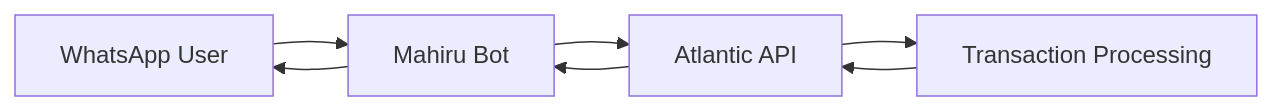
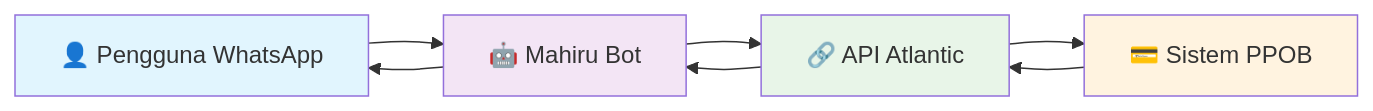
Before and after one commit to Liwirya/Mahiru-PPOB: the diagram in README.md, drawn with Mermaid. The commit also changed other lines of this file, not shown here.

````diff
--- a/README.md
+++ b/README.md
@@ -50,9 +64,14 @@
 ```mermaid
 graph LR
-    A[WhatsApp User] --> B[Mahiru Bot]
-    B --> C[Atlantic API]
-    C --> D[Transaction Processing]
+    A[👤 Pengguna WhatsApp] --> B[🤖 Mahiru Bot]
+    B --> C[🔗 API Atlantic]
+    C --> D[💳 Sistem PPOB]
     D --> C
     C --> B
     B --> A
+    
+    style A fill:#e1f5fe
+    style B fill:#f3e5f5
+    style C fill:#e8f5e8
+    style D fill:#fff3e0
 ```
````
